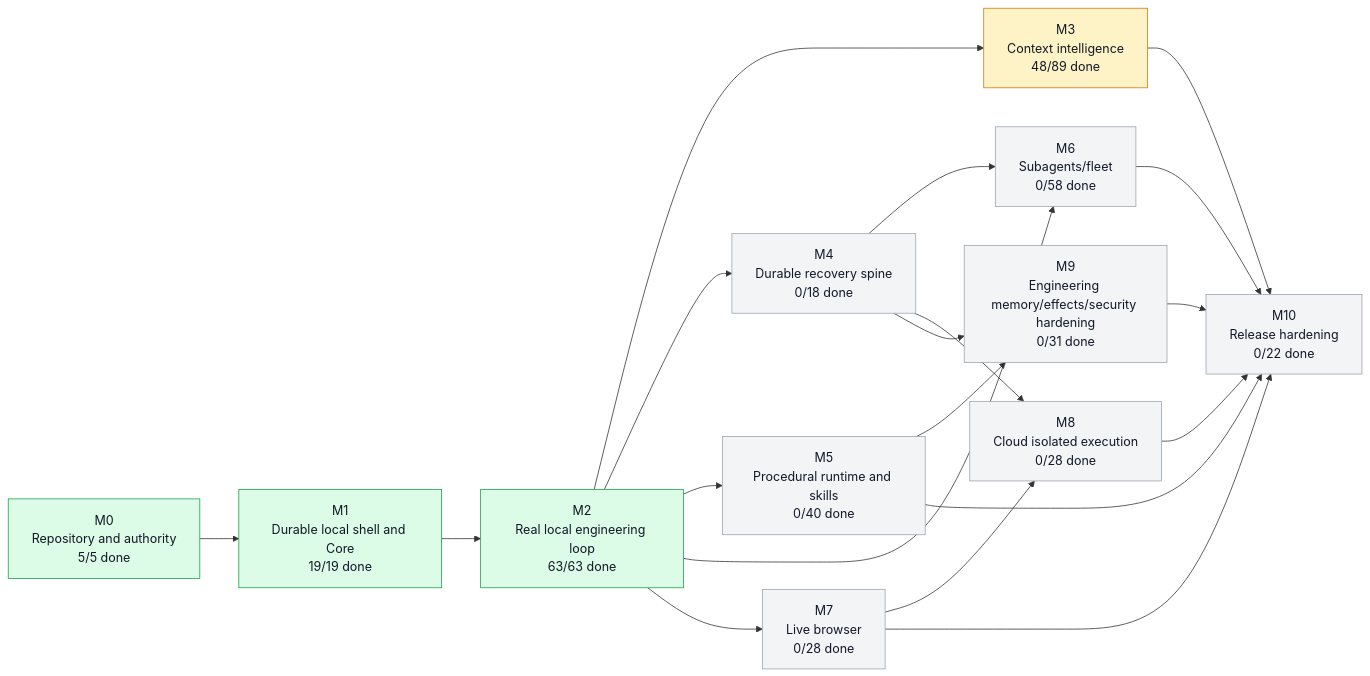
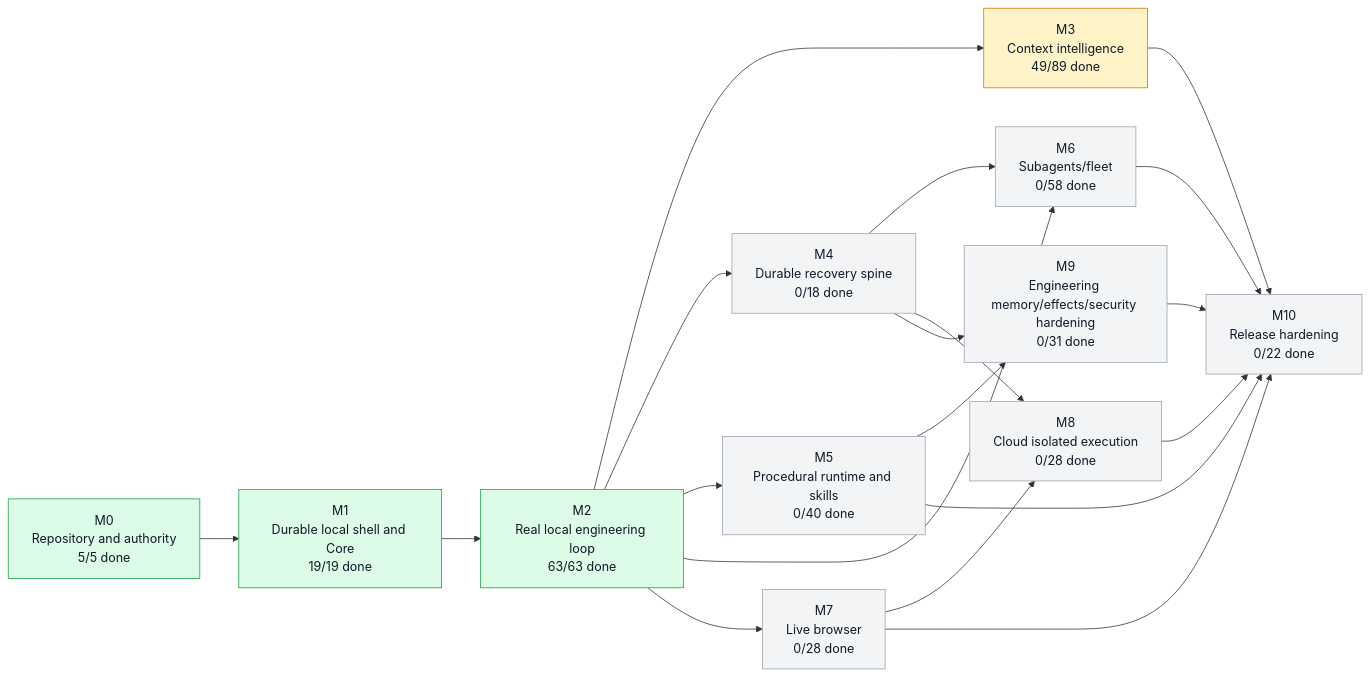
The first of 5 diagrams in graph/PROJECT_GRAPH.md (moss101/modbit), drawn with Mermaid before and after one commit. The commit also changed other lines of this file and 6 other files, not shown here.

````diff
--- a/graph/PROJECT_GRAPH.md
+++ b/graph/PROJECT_GRAPH.md
@@ -57,43 +57,43 @@
 ```mermaid
 flowchart LR
   M0["M0<br/>Repository and authority<br/>5/5 done"]
   M1["M1<br/>Durable local shell and Core<br/>19/19 done"]
   M2["M2<br/>Real local engineering loop<br/>63/63 done"]
-  M3["M3<br/>Context intelligence<br/>48/89 done"]
+  M3["M3<br/>Context intelligence<br/>49/89 done"]
   M4["M4<br/>Durable recovery spine<br/>0/18 done"]
   M5["M5<br/>Procedural runtime and skills<br/>0/40 done"]
   M6["M6<br/>Subagents/fleet<br/>0/58 done"]
   M7["M7<br/>Live browser<br/>0/28 done"]
   M8["M8<br/>Cloud isolated execution<br/>0/28 done"]
   M9["M9<br/>Engineering memory/effects/security hardening<br/>0/31 done"]
   M10["M10<br/>Release hardening<br/>0/22 done"]
   M0 --> M1
   M1 --> M2
   M2 --> M3
   M2 --> M4
   M2 --> M5
   M2 --> M6
   M4 --> M6
   M2 --> M7
   M4 --> M8
   M7 --> M8
   M4 --> M9
   M5 --> M9
   M3 --> M10
   M5 --> M10
   M6 --> M10
   M7 --> M10
   M8 --> M10
   M9 --> M10
   style M0 fill:#dcfce7,stroke:#16a34a,color:#111827
   style M1 fill:#dcfce7,stroke:#16a34a,color:#111827
   style M2 fill:#dcfce7,stroke:#16a34a,color:#111827
   style M3 fill:#fef3c7,stroke:#d97706,color:#111827
   style M4 fill:#f3f4f6,stroke:#9ca3af,color:#111827
   style M5 fill:#f3f4f6,stroke:#9ca3af,color:#111827
   style M6 fill:#f3f4f6,stroke:#9ca3af,color:#111827
   style M7 fill:#f3f4f6,stroke:#9ca3af,color:#111827
   style M8 fill:#f3f4f6,stroke:#9ca3af,color:#111827
   style M9 fill:#f3f4f6,stroke:#9ca3af,color:#111827
   style M10 fill:#f3f4f6,stroke:#9ca3af,color:#111827
 ```
````
